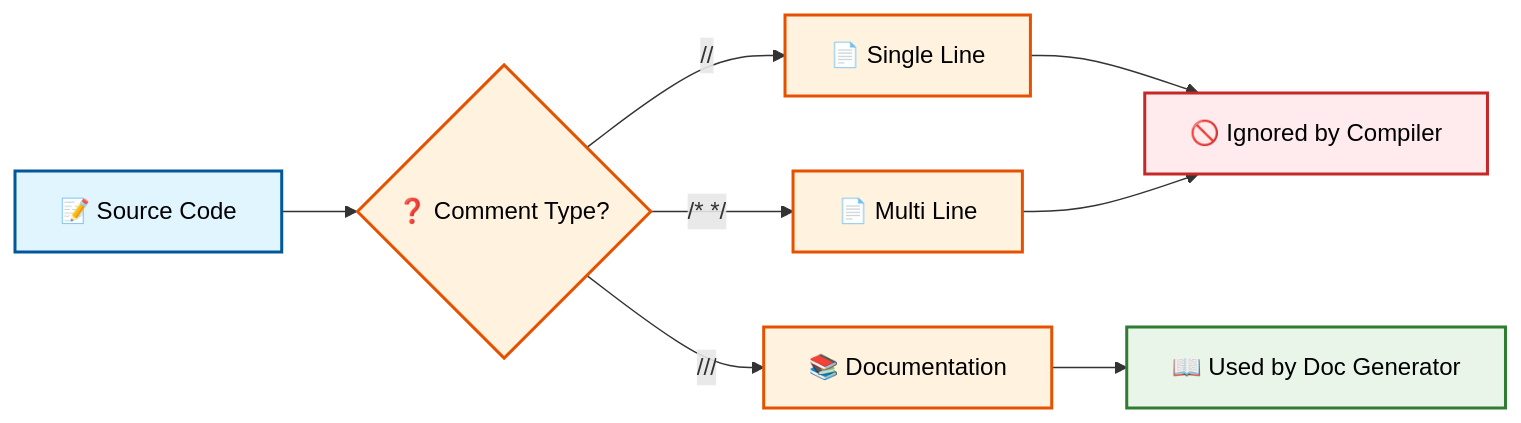
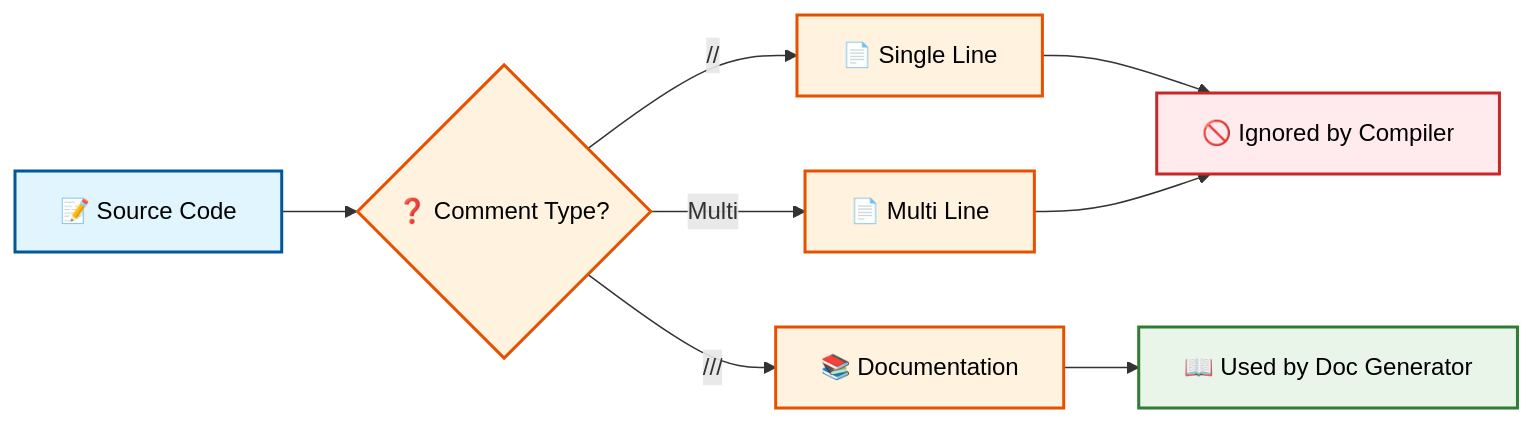
One commit to antonprafanto/flutter changed the fifth of 14 diagrams in minggu1.md. Above: the diagram before and after it, drawn with Mermaid. The commit also changed other lines of this file, not shown here.

````diff
--- a/minggu1.md
+++ b/minggu1.md
@@ -287,18 +287,18 @@
 ```mermaid
 flowchart LR
     A[📝 Source Code] --> B{❓ Comment Type?}
     B -->|//| C[📄 Single Line]
-    B -->|/* */| D[📄 Multi Line]
+    B -->|Multi| D[📄 Multi Line]
     B -->|///| E[📚 Documentation]
     C --> F[🚫 Ignored by Compiler]
     D --> F
     E --> G[📖 Used by Doc Generator]
     
     style A fill:#e1f5fe,stroke:#01579b,stroke-width:2px,color:#000
     style B fill:#fff3e0,stroke:#e65100,stroke-width:2px,color:#000
     style C fill:#fff3e0,stroke:#e65100,stroke-width:2px,color:#000
     style D fill:#fff3e0,stroke:#e65100,stroke-width:2px,color:#000
     style E fill:#fff3e0,stroke:#e65100,stroke-width:2px,color:#000
     style F fill:#ffebee,stroke:#c62828,stroke-width:2px,color:#000
     style G fill:#e8f5e8,stroke:#2e7d32,stroke-width:2px,color:#000
 ```
````
